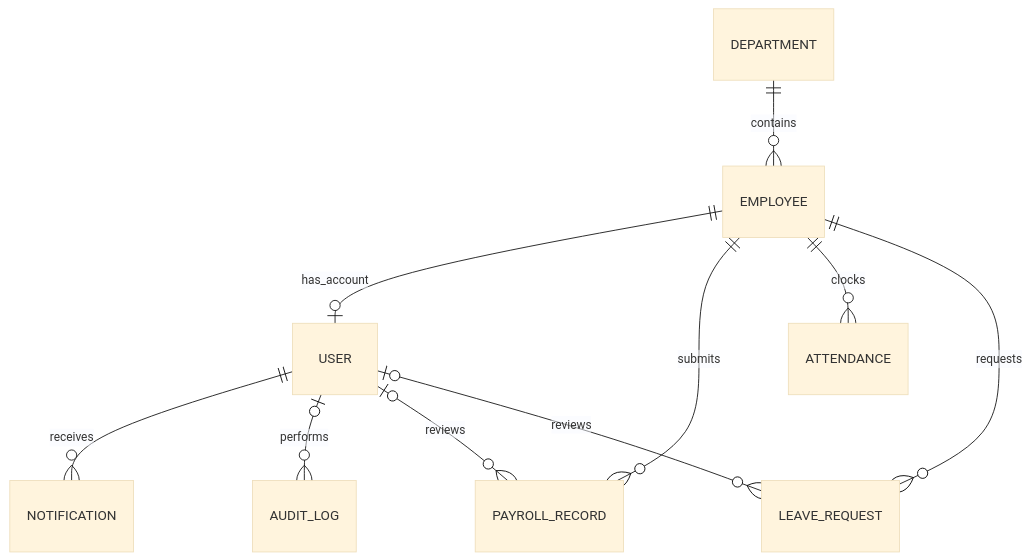
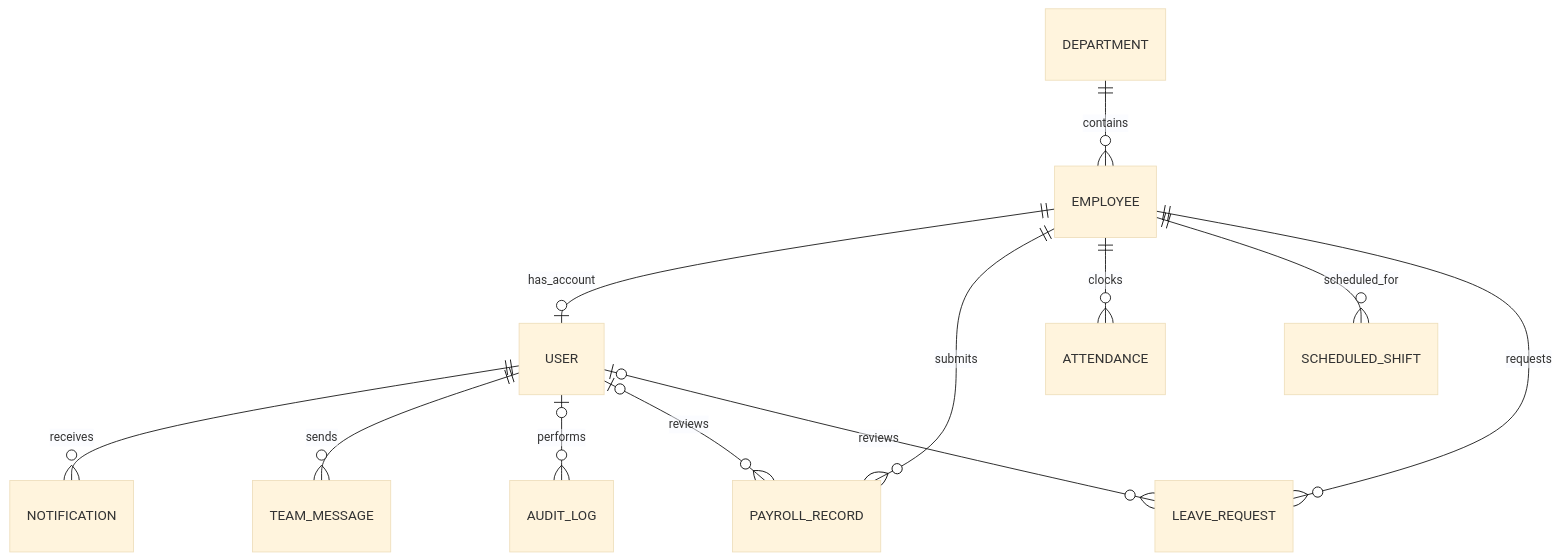
The second of 2 diagrams in README.md (AnoHondz/Shift-Force), drawn with Mermaid (base theme) before and after one commit. The commit also changed other lines of this file and 43 other files, not shown here.

````diff
--- a/README.md
+++ b/README.md
@@ -49,12 +53,14 @@
 ```mermaid
 erDiagram
     DEPARTMENT ||--o{ EMPLOYEE : contains
     EMPLOYEE ||--o| USER : has_account
     EMPLOYEE ||--o{ PAYROLL_RECORD : submits
     EMPLOYEE ||--o{ ATTENDANCE : clocks
+    EMPLOYEE ||--o{ SCHEDULED_SHIFT : scheduled_for
     EMPLOYEE ||--o{ LEAVE_REQUEST : requests
     USER ||--o{ NOTIFICATION : receives
+    USER ||--o{ TEAM_MESSAGE : sends
     USER o|--o{ AUDIT_LOG : performs
     USER o|--o{ PAYROLL_RECORD : reviews
     USER o|--o{ LEAVE_REQUEST : reviews
 ```
````
